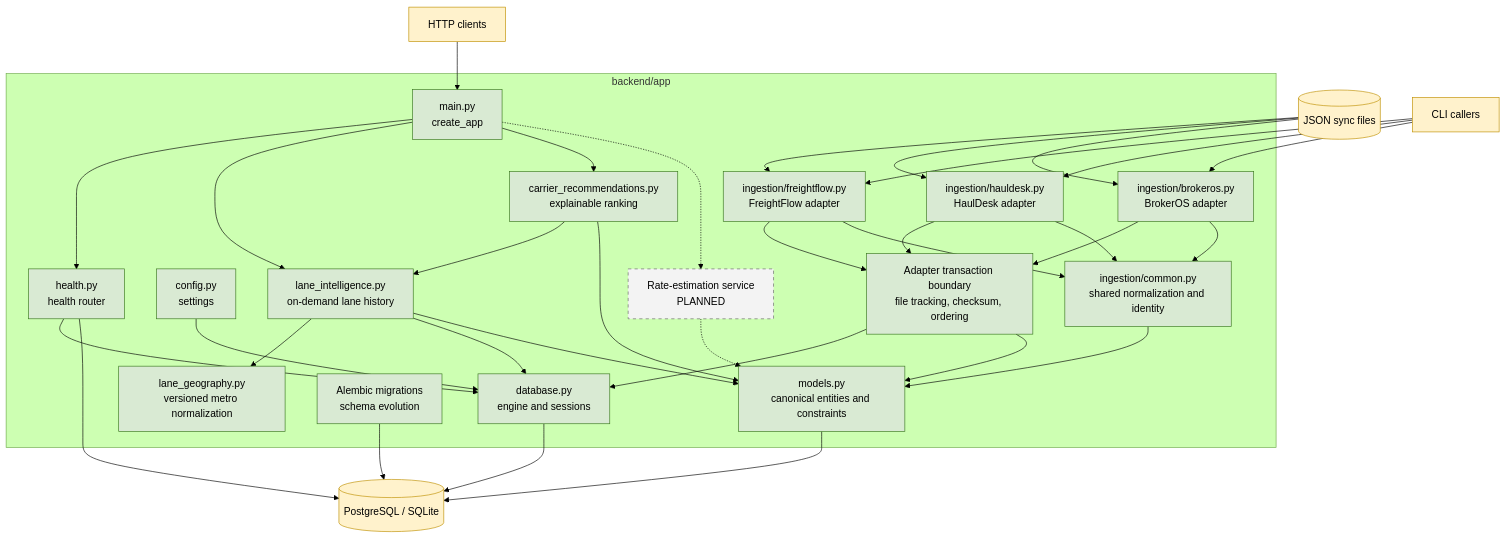
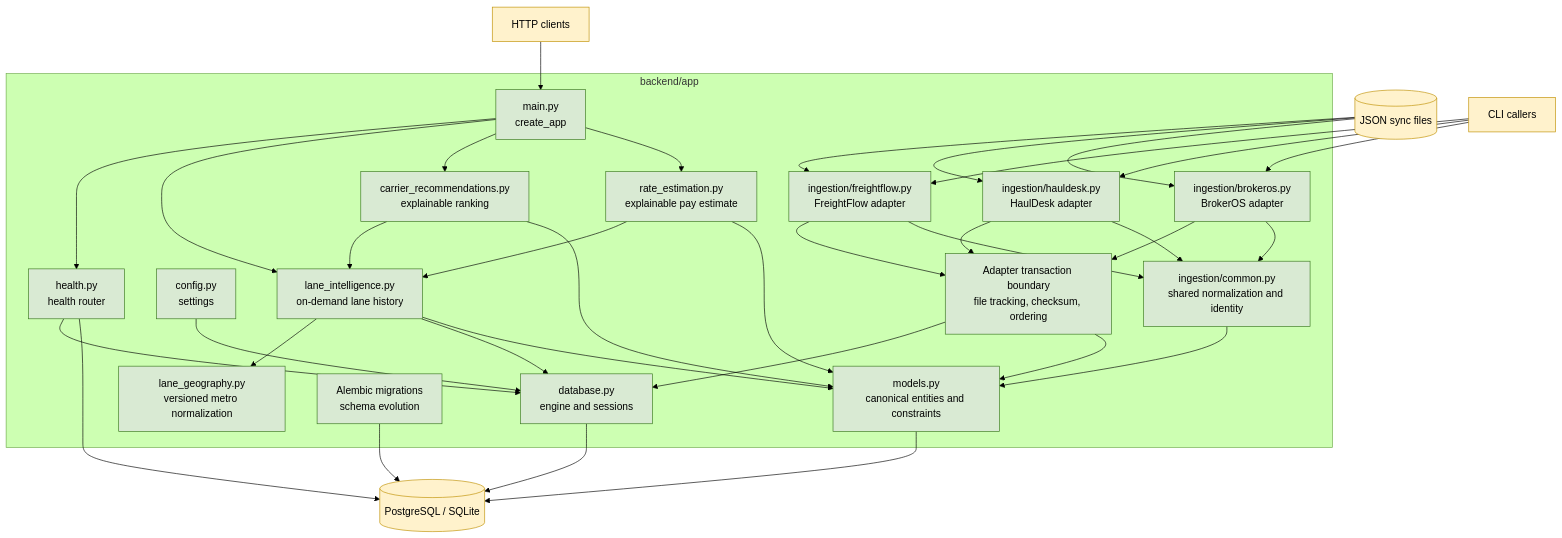
One commit to thetonyweapon/carrier-pool changed the diagram in openspec/architecture/components.md. Above: the diagram before and after it, drawn with Mermaid (forest theme). The commit also changed other lines of this file and 97 other files, not shown here.

Commit message:
feat: add Carrier Rate Estimation v1 service and endpoint (#23)

````diff
--- a/openspec/architecture/components.md
+++ b/openspec/architecture/components.md
@@ -8,65 +8,65 @@
 ```mermaid
 flowchart TB
     subgraph backend[backend/app]
         main[main.py\ncreate_app]
         health[health.py\nhealth router]
         config[config.py\nsettings]
         database[database.py\nengine and sessions]
         models[models.py\ncanonical entities and constraints]
         common[ingestion/common.py\nshared normalization and identity]
         framework[Adapter transaction boundary\nfile tracking, checksum, ordering]
         ff[ingestion/freightflow.py\nFreightFlow adapter]
         hd[ingestion/hauldesk.py\nHaulDesk adapter]
         bos[ingestion/brokeros.py\nBrokerOS adapter]
         migrations[Alembic migrations\nschema evolution]
         geography[lane_geography.py\nversioned metro normalization]
         lanes[lane_intelligence.py\non-demand lane history]
         recommendation[carrier_recommendations.py\nexplainable ranking]
-        estimation[Rate-estimation service\nPLANNED]
+        estimation[rate_estimation.py\nexplainable pay estimate]
     end
 
     db[(PostgreSQL / SQLite)]
     files[(JSON sync files)]
     http[HTTP clients]
     cli[CLI callers]
 
     http --> main
     main --> health
     health --> database
     health --> db
     config --> database
     cli --> ff
     cli --> hd
     cli --> bos
     files --> ff
     files --> hd
     files --> bos
     ff --> framework
     hd --> framework
     bos --> framework
     ff --> common
     hd --> common
     bos --> common
     main --> lanes
     main --> recommendation
+    main --> estimation
     lanes --> geography
     lanes --> database
     lanes --> models
     recommendation --> lanes
     recommendation --> models
+    estimation --> lanes
+    estimation --> models
     framework --> database
     framework --> models
     common --> models
     database --> db
     models --> db
     migrations --> db
-    main -.-> estimation
-    estimation -.-> models
 
     classDef delivered fill:#d9ead3,stroke:#38761d,color:#000;
     classDef planned fill:#f3f3f3,stroke:#666,color:#000,stroke-dasharray: 5 5;
     classDef external fill:#fff2cc,stroke:#bf9000,color:#000;
-    class main,health,config,database,models,common,framework,ff,hd,bos,migrations,geography,lanes,recommendation delivered;
-    class estimation planned;
+    class main,health,config,database,models,common,framework,ff,hd,bos,migrations,geography,lanes,recommendation,estimation delivered;
     class db,files,http,cli external;
 ```
````
